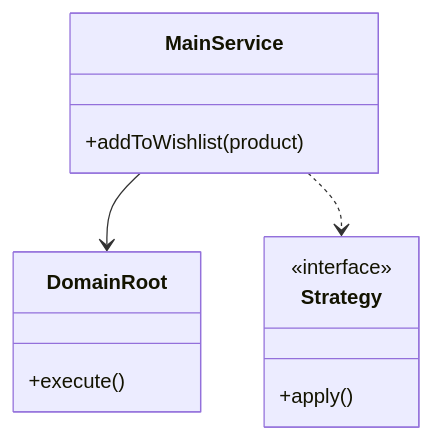
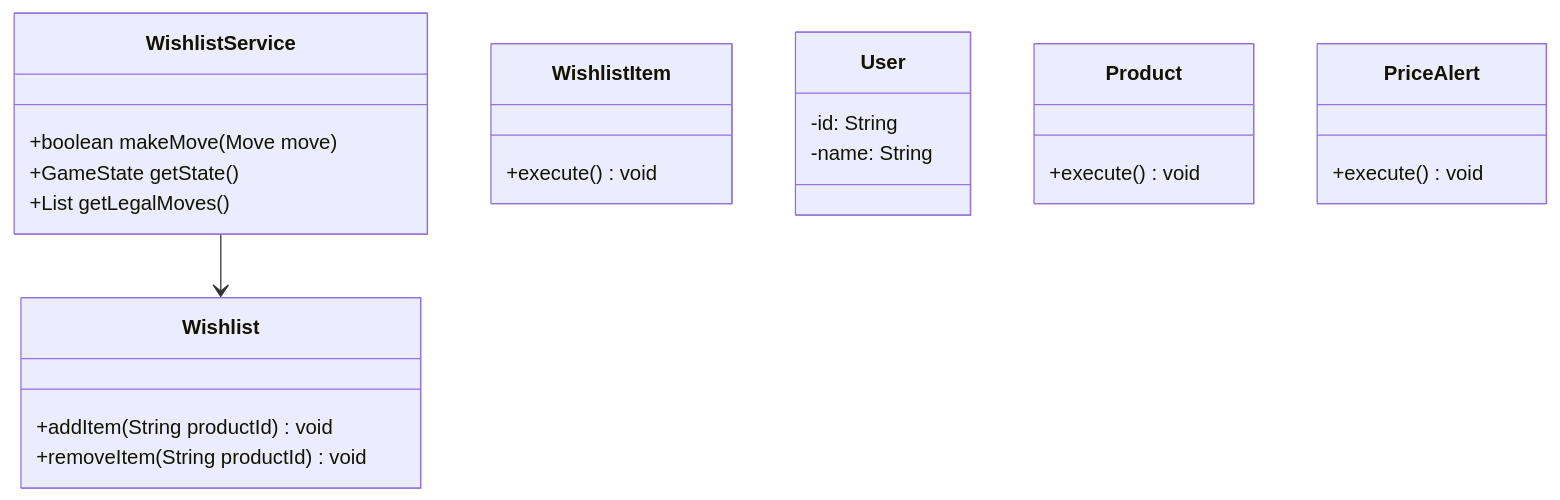
Before and after one commit to madhupaila/Interview-Prep-SSE: the first of 3 diagrams in Learn/System Design - Low Level Design/02-classic-ood/questions/Q48-wishlist.md, drawn with Mermaid. The commit also changed other lines of this file and 491 other files, not shown here.

````diff
--- a/Learn/System Design - Low Level Design/02-classic-ood/questions/Q48-wishlist.md
+++ b/Learn/System Design - Low Level Design/02-classic-ood/questions/Q48-wishlist.md
@@ -75,15 +89,26 @@
 ```mermaid
 classDiagram
-    class MainService {
-        +addToWishlist(product)
+    class WishlistService {
+        +boolean makeMove(Move move)
+        +GameState getState()
+        +List<Move> getLegalMoves()
     }
-    class DomainRoot {
-        +execute()
+    class Wishlist {
+        +addItem(String productId) void
+        +removeItem(String productId) void
     }
-    class Strategy {
-        <<interface>>
-        +apply()
+    class WishlistItem {
+        +execute() void
     }
-    MainService --> DomainRoot
-    MainService ..> Strategy
+    class User {
+        -id: String
+        -name: String
+    }
+    class Product {
+        +execute() void
+    }
+    class PriceAlert {
+        +execute() void
+    }
+    WishlistService --> Wishlist
 ```
````
